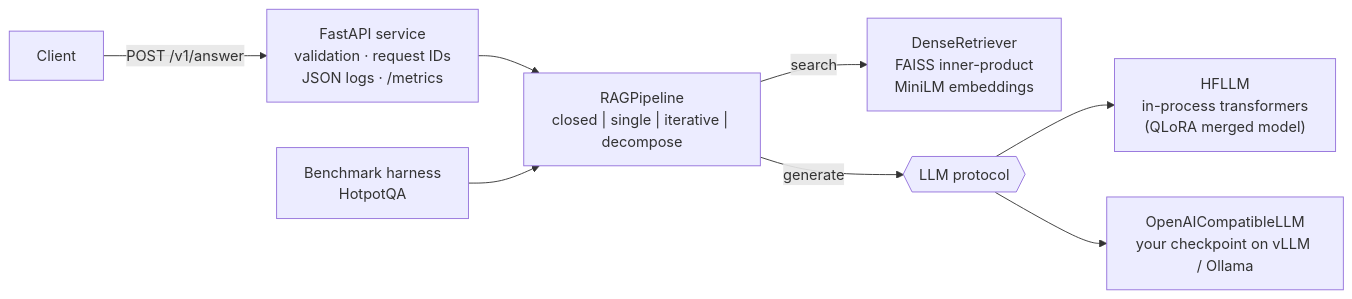
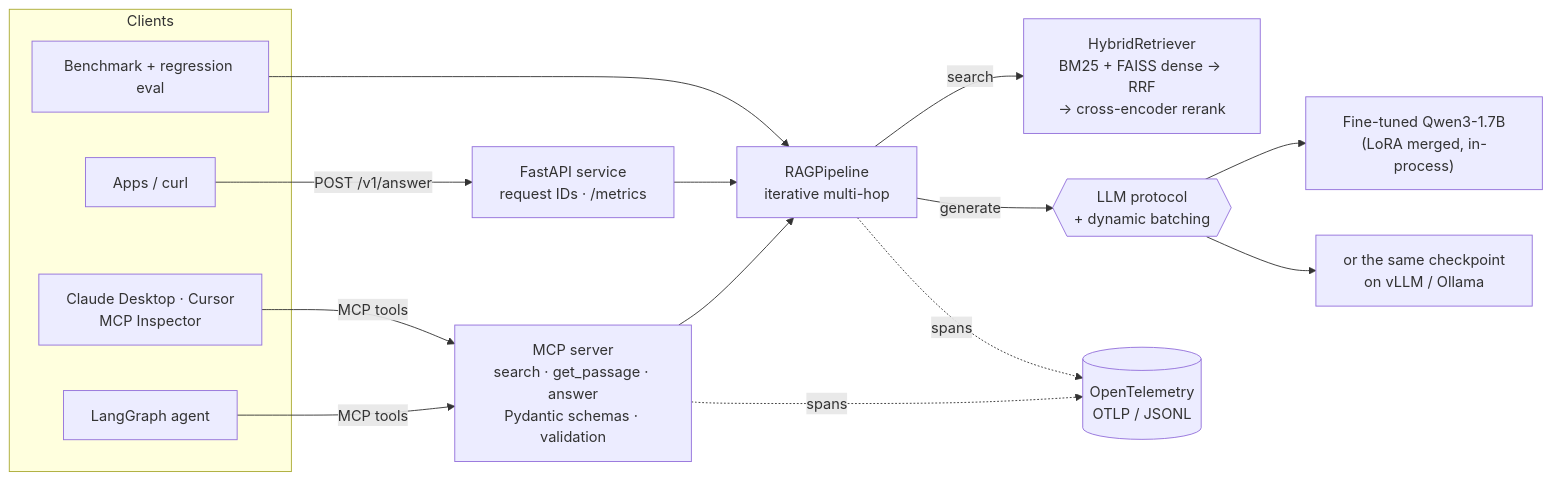
Before and after one commit to a1if/qlora-multihop-rag: the first of 2 diagrams in README.md, drawn with Mermaid. The commit also changed other lines of this file and 1 other file, not shown here.

Commit message:
Document MCP server, observability and regression eval; add MCP compose service

````diff
--- a/README.md
+++ b/README.md
@@ -29,10 +33,17 @@
 ```mermaid
 flowchart LR
-    C["Client"] -->|POST /v1/answer| API["FastAPI service<br/>validation · request IDs<br/>JSON logs · /metrics"]
-    API --> P["RAGPipeline<br/>closed | single | iterative | decompose"]
-    P -->|search| R["DenseRetriever<br/>FAISS inner-product<br/>MiniLM embeddings"]
-    P -->|generate| L{{"LLM protocol"}}
-    L --> HF["HFLLM<br/>in-process transformers<br/>(QLoRA merged model)"]
-    L --> OA["OpenAICompatibleLLM<br/>your checkpoint on vLLM / Ollama"]
-    E["Benchmark harness<br/>HotpotQA"] --> P
+    subgraph Clients
+        AG["LangGraph agent"]
+        CD["Claude Desktop · Cursor<br/>MCP Inspector"]
+        APP["Apps / curl"]
+        E["Benchmark + regression eval"]
+    end
+    AG & CD -->|MCP tools| MCP["MCP server<br/>search · get_passage · answer<br/>Pydantic schemas · validation"]
+    APP -->|POST /v1/answer| API["FastAPI service<br/>request IDs · /metrics"]
+    MCP & API & E --> P["RAGPipeline<br/>iterative multi-hop"]
+    P -->|search| R["HybridRetriever<br/>BM25 + FAISS dense → RRF<br/>→ cross-encoder rerank"]
+    P -->|generate| L{{"LLM protocol<br/>+ dynamic batching"}}
+    L --> HF["Fine-tuned Qwen3-1.7B<br/>(LoRA merged, in-process)"]
+    L --> OA["or the same checkpoint<br/>on vLLM / Ollama"]
+    MCP & P -.->|spans| OT[("OpenTelemetry<br/>OTLP / JSONL")]
 ```
````
